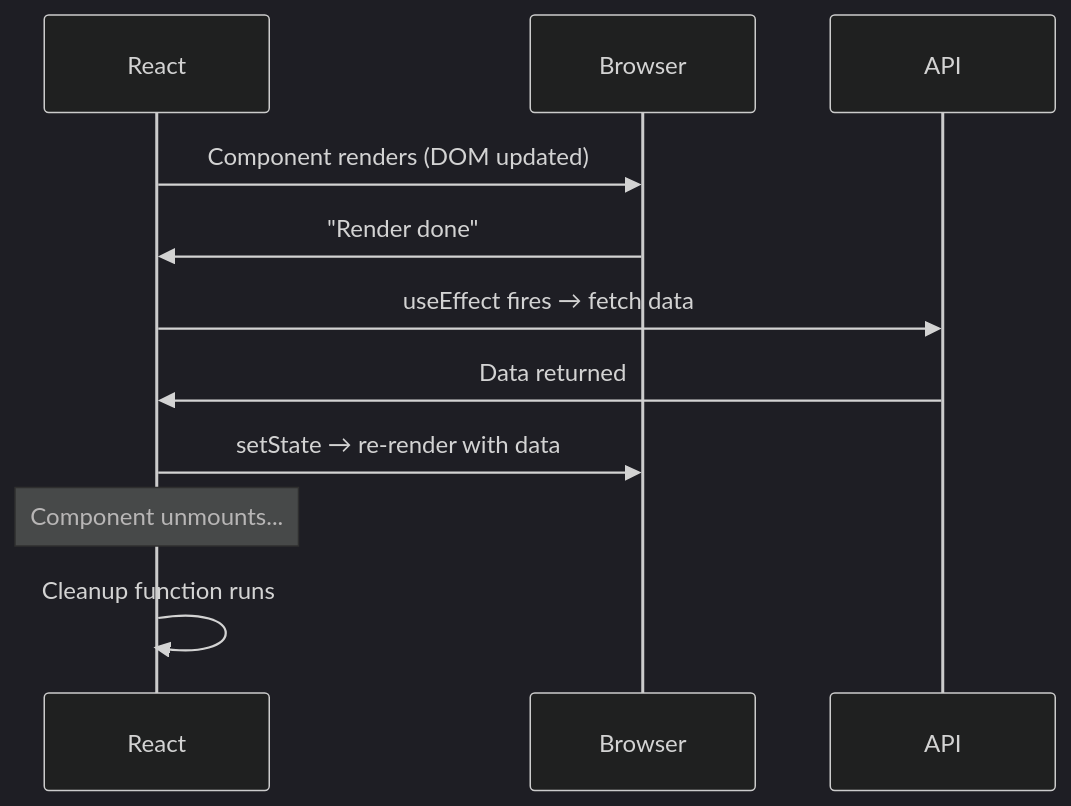
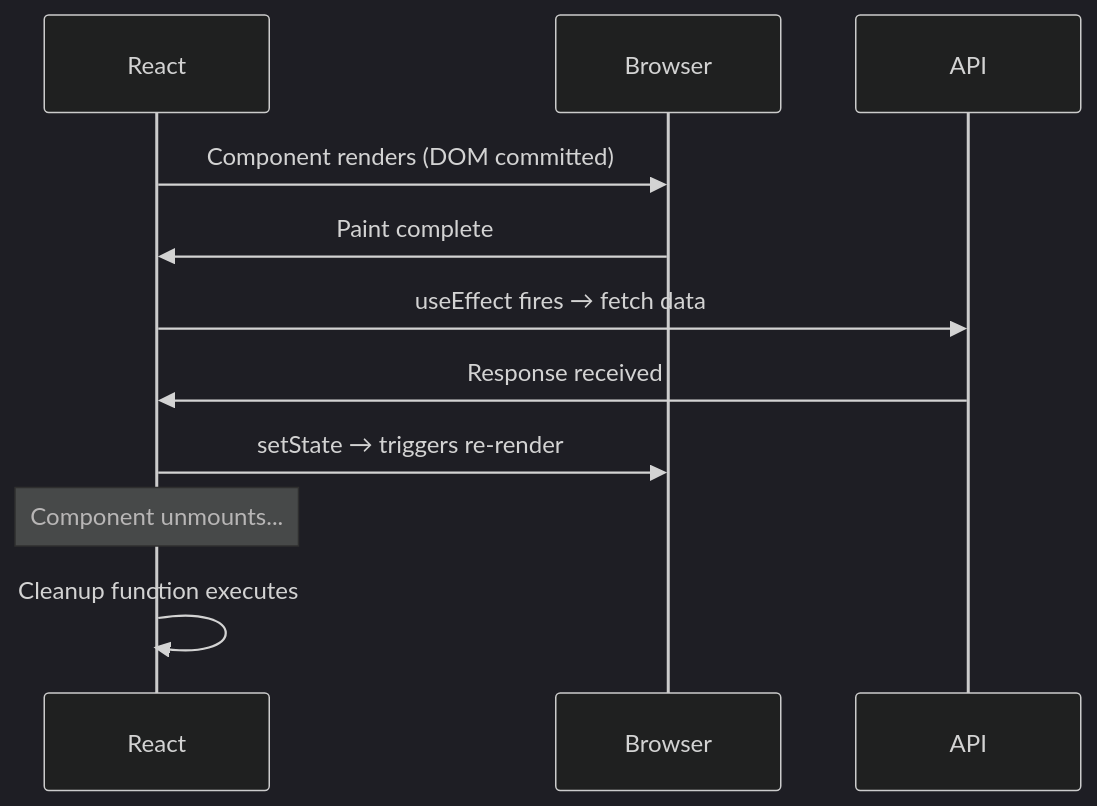
One commit to vaishali86c/React-revision-book changed the sixth of 21 diagrams in REACT-HOOKS-DEEP-DIVE.md. Above: the diagram before and after it, drawn with Mermaid (dark theme). The commit also changed other lines of this file, not shown here.

````diff
--- a/REACT-HOOKS-DEEP-DIVE.md
+++ b/REACT-HOOKS-DEEP-DIVE.md
@@ -231,15 +229,15 @@
 ```mermaid
 sequenceDiagram
     participant React
     participant Browser
     participant API
 
-    React->>Browser: Component renders (DOM updated)
-    Browser->>React: "Render done"
+    React->>Browser: Component renders (DOM committed)
+    Browser->>React: Paint complete
     React->>API: useEffect fires → fetch data
-    API->>React: Data returned
-    React->>Browser: setState → re-render with data
+    API->>React: Response received
+    React->>Browser: setState → triggers re-render
 
     Note over React: Component unmounts...
-    React->>React: Cleanup function runs
+    React->>React: Cleanup function executes
 ```
````
